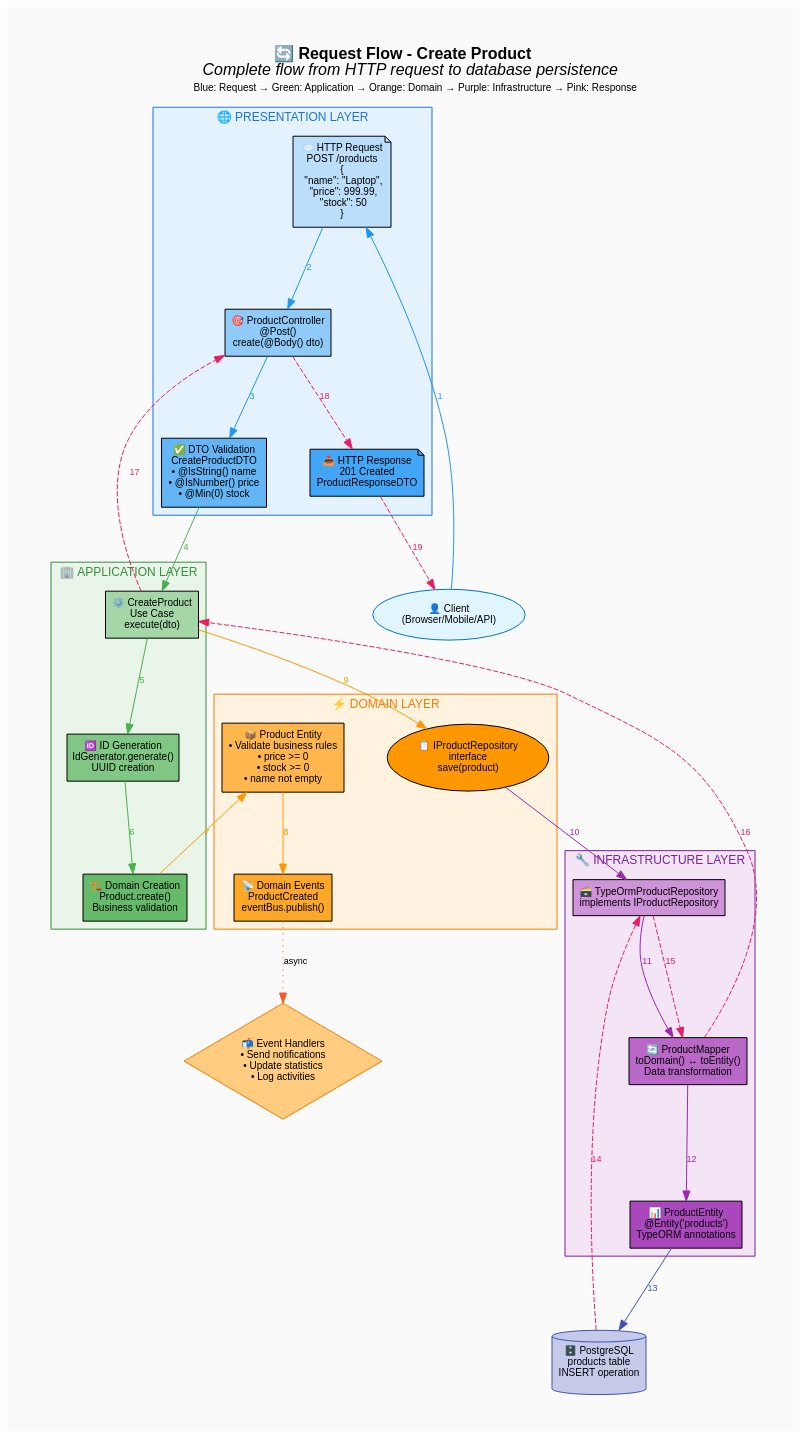
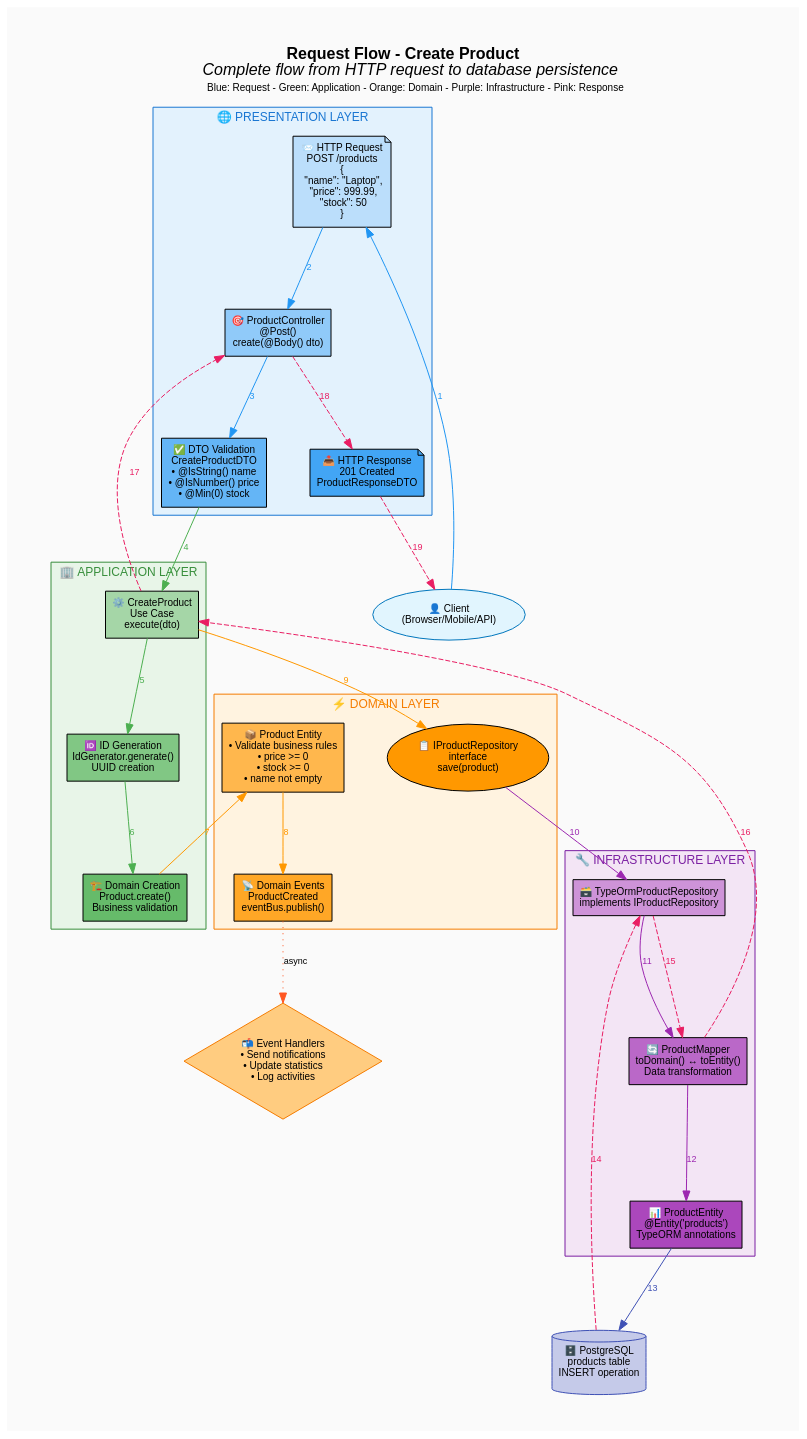
The diagram in diagrams/request-flow.dot (DarelShroo/clean-architecture-nestjs), drawn with Graphviz before and after one commit. The commit also changed 19 other files, not shown here.

First line of the commit message:
docs: Complete professional Graphviz diagrams suite

```diff
--- a/diagrams/request-flow.dot
+++ b/diagrams/request-flow.dot
@@ -1,187 +1,187 @@
 digraph RequestFlow {
     rankdir=TB;
     
     graph [
         fontname="Arial, sans-serif"
         fontsize=12
         bgcolor="#fafafa"
         style=filled
         pad=0.5
         nodesep=0.6
         ranksep=1.0
     ];
     
     node [
         fontname="Arial, sans-serif"
         fontsize=10
         style=filled
         shape=box
         margin=0.1
     ];
     
     edge [
         fontname="Arial, sans-serif"
         fontsize=9
         color="#424242"
     ];
 
     // Cliente
     Client [
         label="👤 Client\n(Browser/Mobile/API)"
         fillcolor="#e1f5fe"
         color="#0277bd"
         shape=ellipse
     ];
 
     // Presentation Layer
     subgraph cluster_presentation {
         label="🌐 PRESENTATION LAYER";
         style=filled;
         fillcolor="#e3f2fd";
         color="#1976d2";
         fontcolor="#1976d2";
         
         Request [
             label="📨 HTTP Request\nPOST /products\n{\n  \"name\": \"Laptop\",\n  \"price\": 999.99,\n  \"stock\": 50\n}"
             fillcolor="#bbdefb"
             shape=note
         ];
         
         Controller [
             label="🎯 ProductController\n@Post()\ncreate(@Body() dto)"
             fillcolor="#90caf9"
         ];
         
         Validation [
             label="✅ DTO Validation\nCreateProductDTO\n• @IsString() name\n• @IsNumber() price\n• @Min(0) stock"
             fillcolor="#64b5f6"
         ];
         
         Response [
             label="📤 HTTP Response\n201 Created\nProductResponseDTO"
             fillcolor="#42a5f5"
             shape=note
         ];
     }
 
     // Application Layer
     subgraph cluster_application {
         label="🏢 APPLICATION LAYER";
         style=filled;
         fillcolor="#e8f5e8";
         color="#388e3c";
         fontcolor="#388e3c";
         
         UseCase [
             label="⚙️ CreateProduct\nUse Case\nexecute(dto)"
             fillcolor="#a5d6a7"
         ];
         
         IdGeneration [
             label="🆔 ID Generation\nIdGenerator.generate()\nUUID creation"
             fillcolor="#81c784"
         ];
         
         DomainCreation [
             label="🏗️ Domain Creation\nProduct.create()\nBusiness validation"
             fillcolor="#66bb6a"
         ];
     }
 
     // Domain Layer
     subgraph cluster_domain {
         label="⚡ DOMAIN LAYER";
         style=filled;
         fillcolor="#fff3e0";
         color="#f57c00";
         fontcolor="#f57c00";
         
         DomainEntity [
             label="📦 Product Entity\n• Validate business rules\n• price >= 0\n• stock >= 0\n• name not empty"
             fillcolor="#ffb74d"
         ];
         
         DomainEvents [
             label="📡 Domain Events\nProductCreated\neventBus.publish()"
             fillcolor="#ffa726"
         ];
         
         RepositoryInterface [
             label="📋 IProductRepository\ninterface\nsave(product)"
             fillcolor="#ff9800"
             shape=ellipse
         ];
     }
 
     // Infrastructure Layer
     subgraph cluster_infrastructure {
         label="🔧 INFRASTRUCTURE LAYER";
         style=filled;
         fillcolor="#f3e5f5";
         color="#7b1fa2";
         fontcolor="#7b1fa2";
         
         Repository [
             label="🗃️ TypeOrmProductRepository\nimplements IProductRepository"
             fillcolor="#ce93d8"
         ];
         
         Mapper [
             label="🔄 ProductMapper\ntoDomain() ↔ toEntity()\nData transformation"
             fillcolor="#ba68c8"
         ];
         
         DatabaseEntity [
             label="📊 ProductEntity\n@Entity('products')\nTypeORM annotations"
             fillcolor="#ab47bc"
         ];
     }
 
     // Database
     Database [
         label="🗄️ PostgreSQL\nproducts table\nINSERT operation"
         fillcolor="#c5cae9"
         color="#3f51b5"
         shape=cylinder
     ];
 
     // Flujo principal (ida)
     Client -> Request [label="1" color="#2196f3" fontcolor="#2196f3"];
     Request -> Controller [label="2" color="#2196f3" fontcolor="#2196f3"];
     Controller -> Validation [label="3" color="#2196f3" fontcolor="#2196f3"];
     Validation -> UseCase [label="4" color="#4caf50" fontcolor="#4caf50"];
     UseCase -> IdGeneration [label="5" color="#4caf50" fontcolor="#4caf50"];
     IdGeneration -> DomainCreation [label="6" color="#4caf50" fontcolor="#4caf50"];
     DomainCreation -> DomainEntity [label="7" color="#ff9800" fontcolor="#ff9800"];
     DomainEntity -> DomainEvents [label="8" color="#ff9800" fontcolor="#ff9800"];
     UseCase -> RepositoryInterface [label="9" color="#ff9800" fontcolor="#ff9800"];
     RepositoryInterface -> Repository [label="10" color="#9c27b0" fontcolor="#9c27b0"];
     Repository -> Mapper [label="11" color="#9c27b0" fontcolor="#9c27b0"];
     Mapper -> DatabaseEntity [label="12" color="#9c27b0" fontcolor="#9c27b0"];
     DatabaseEntity -> Database [label="13" color="#3f51b5" fontcolor="#3f51b5"];
 
     // Flujo de retorno (vuelta)
     Database -> Repository [label="14" color="#e91e63" fontcolor="#e91e63" style=dashed];
     Repository -> Mapper [label="15" color="#e91e63" fontcolor="#e91e63" style=dashed];
     Mapper -> UseCase [label="16" color="#e91e63" fontcolor="#e91e63" style=dashed];
     UseCase -> Controller [label="17" color="#e91e63" fontcolor="#e91e63" style=dashed];
     Controller -> Response [label="18" color="#e91e63" fontcolor="#e91e63" style=dashed];
     Response -> Client [label="19" color="#e91e63" fontcolor="#e91e63" style=dashed];
 
     // Eventos asíncronos
     DomainEvents -> EventHandler [label="async" color="#ff5722" style=dotted];
     
     EventHandler [
         label="📬 Event Handlers\n• Send notifications\n• Update statistics\n• Log activities"
         fillcolor="#ffcc80"
         color="#f57c00"
         shape=diamond
     ];
 
     // Título
     labelloc="t";
-    label=<<B>🔄 Request Flow - Create Product</B><BR/>
+    label=<<B>Request Flow - Create Product</B><BR/>
     <I>Complete flow from HTTP request to database persistence</I><BR/>
-    <FONT POINT-SIZE="10">Blue: Request → Green: Application → Orange: Domain → Purple: Infrastructure → Pink: Response</FONT>>;
+    <FONT POINT-SIZE="10">Blue: Request - Green: Application - Orange: Domain - Purple: Infrastructure - Pink: Response</FONT>>;
     fontsize=16;
 }
```
